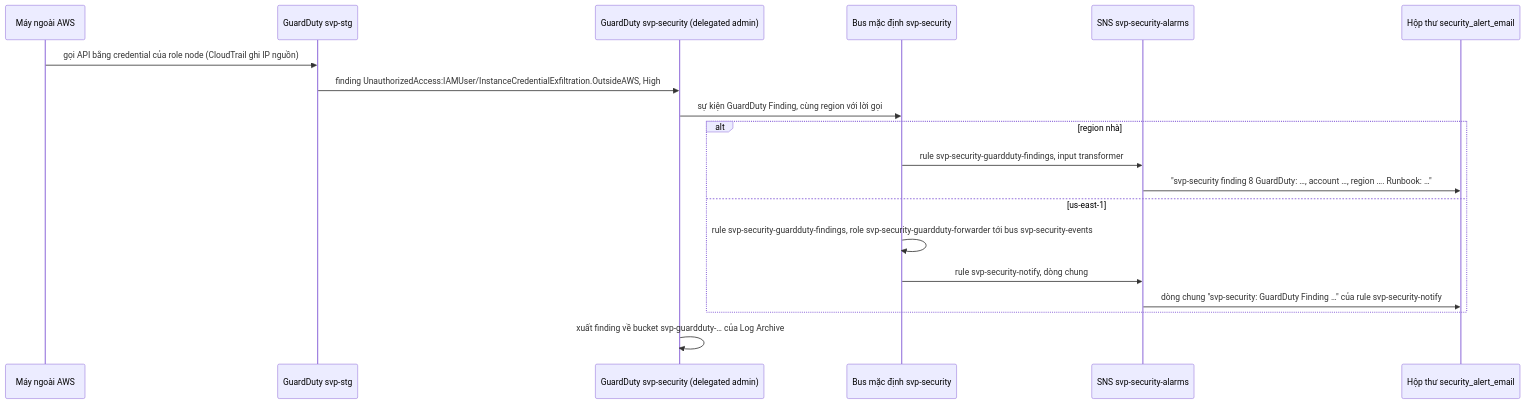
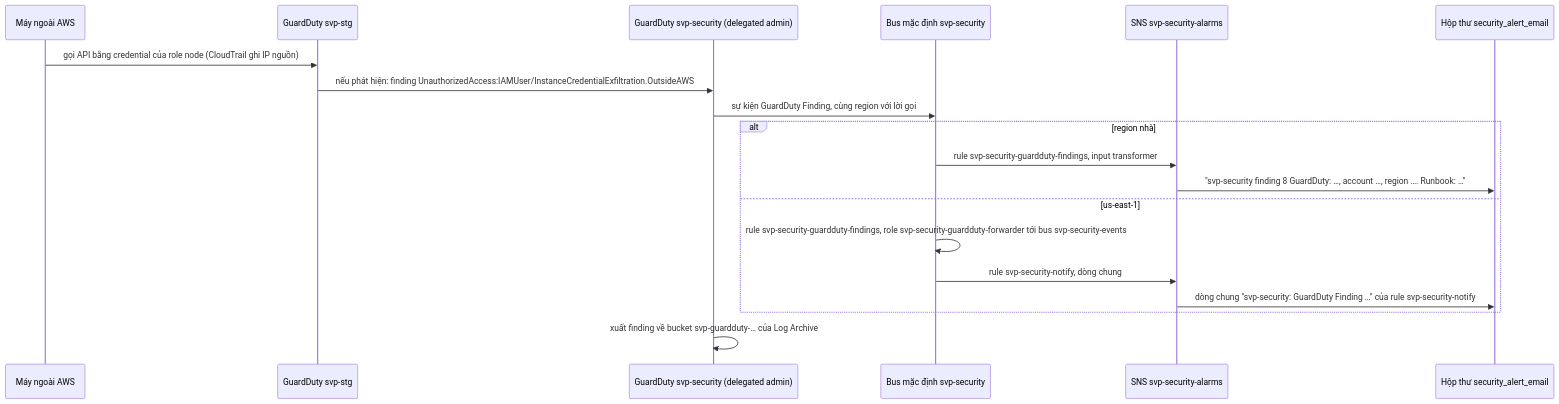
Before and after one commit to anhnvcoder/svp-infra: the diagram in docs/handbook/05-security.md, drawn with Mermaid. The commit also changed other lines of this file and 118 other files, not shown here.

First line of the commit message:
docs: rebuild handbook, runbooks and reference with D2 diagrams

````diff
--- a/docs/handbook/05-security.md
+++ b/docs/handbook/05-security.md
@@ -75,21 +74,21 @@
 ```mermaid
 sequenceDiagram
     participant A as Máy ngoài AWS
     participant GS as GuardDuty svp-stg
     participant GA as GuardDuty svp-security (delegated admin)
     participant EB as Bus mặc định svp-security
     participant SNS as SNS svp-security-alarms
     participant M as Hộp thư security_alert_email
     A->>GS: gọi API bằng credential của role node (CloudTrail ghi IP nguồn)
-    GS->>GA: finding UnauthorizedAccess:IAMUser/InstanceCredentialExfiltration.OutsideAWS, High
+    GS->>GA: nếu phát hiện: finding UnauthorizedAccess:IAMUser/InstanceCredentialExfiltration.OutsideAWS
     GA->>EB: sự kiện GuardDuty Finding, cùng region với lời gọi
     alt region nhà
         EB->>SNS: rule svp-security-guardduty-findings, input transformer
         SNS->>M: "svp-security finding 8 GuardDuty: …, account …, region …. Runbook: …"
     else us-east-1
         EB->>EB: rule svp-security-guardduty-findings, role svp-security-guardduty-forwarder tới bus svp-security-events
         EB->>SNS: rule svp-security-notify, dòng chung
         SNS->>M: dòng chung "svp-security: GuardDuty Finding …" của rule svp-security-notify
     end
     GA->>GA: xuất finding về bucket svp-guardduty-… của Log Archive
 ```
````
